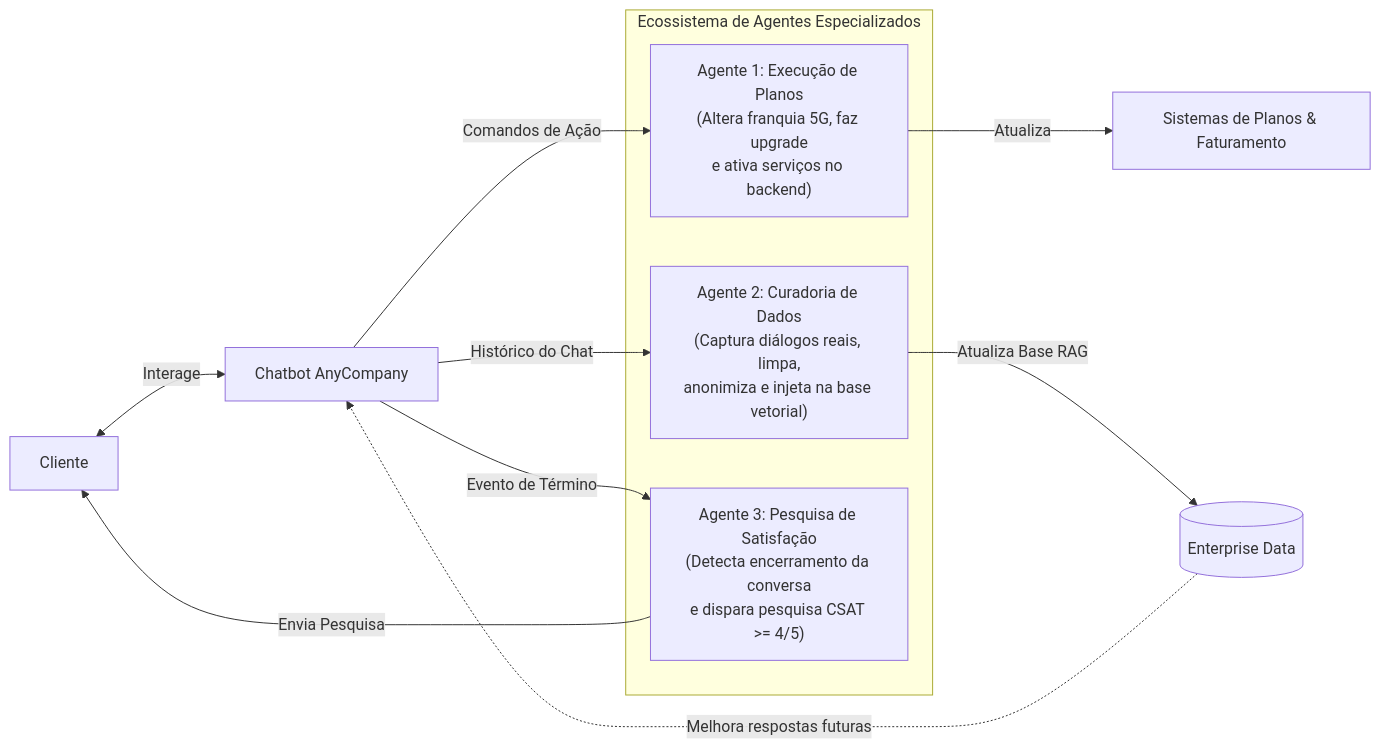
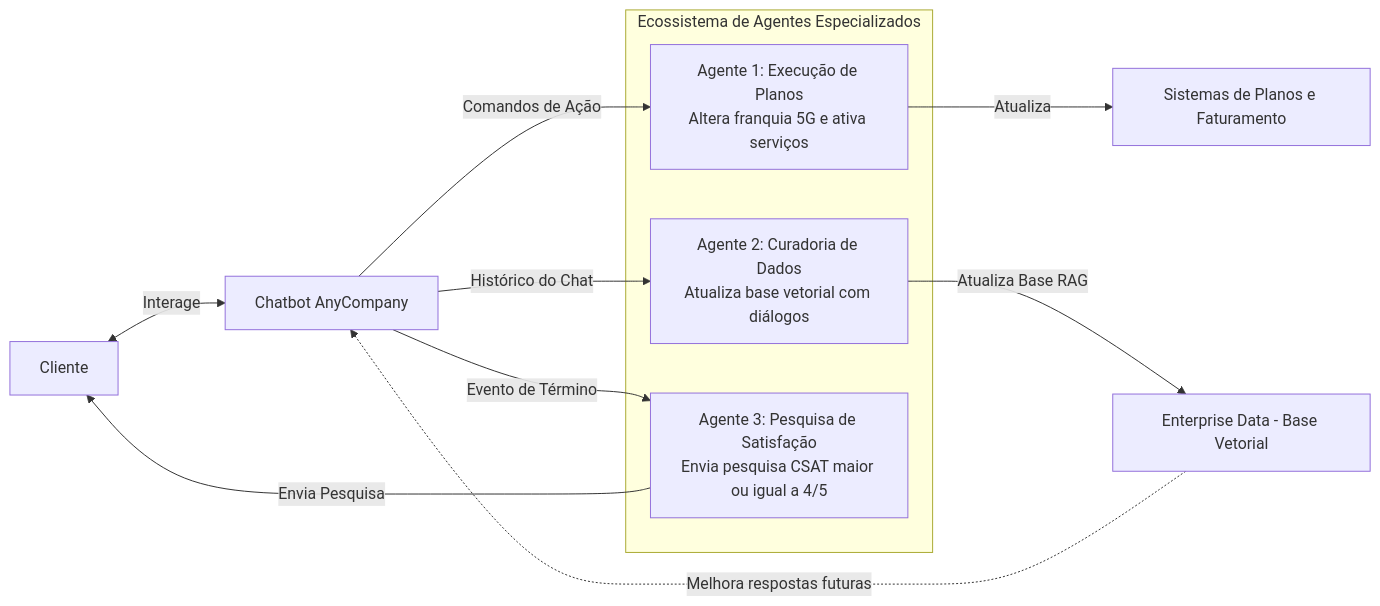
One commit to LucasMartins-33/Resumo-da-certifica-o-AWS changed the third of 7 diagrams in Modulo-06-Optimizing-Foundation-Models.md. Above: the diagram before and after it, drawn with Mermaid. The commit also changed other lines of this file, not shown here.

````diff
--- a/Modulo-06-Optimizing-Foundation-Models.md
+++ b/Modulo-06-Optimizing-Foundation-Models.md
@@ -151,20 +151,20 @@
 ```mermaid
 flowchart LR
     User["Cliente"] <-->|"Interage"| CB["Chatbot AnyCompany"]
 
     subgraph Agentes ["Ecossistema de Agentes Especializados"]
-        A1["Agente 1: Execução de Planos\n(Altera franquia 5G, faz upgrade\ne ativa serviços no backend)"]
-        A2["Agente 2: Curadoria de Dados\n(Captura diálogos reais, limpa,\nanonimiza e injeta na base vetorial)"]
-        A3["Agente 3: Pesquisa de Satisfação\n(Detecta encerramento da conversa\ne dispara pesquisa CSAT >= 4/5)"]
+        A1["Agente 1: Execução de Planos<br/>Altera franquia 5G e ativa serviços"]
+        A2["Agente 2: Curadoria de Dados<br/>Atualiza base vetorial com diálogos"]
+        A3["Agente 3: Pesquisa de Satisfação<br/>Envia pesquisa CSAT maior ou igual a 4/5"]
     end
 
     CB -->|"Comandos de Ação"| A1
-    A1 -->|"Atualiza"| SYS["Sistemas de Planos & Faturamento"]
+    A1 -->|"Atualiza"| SYS["Sistemas de Planos e Faturamento"]
 
     CB -->|"Histórico do Chat"| A2
-    A2 -->|"Atualiza Base RAG"| VDB[("Enterprise Data")]
+    A2 -->|"Atualiza Base RAG"| VDB["Enterprise Data - Base Vetorial"]
     VDB -.->|"Melhora respostas futuras"| CB
 
     CB -->|"Evento de Término"| A3
     A3 -->|"Envia Pesquisa"| User
 ```
````
